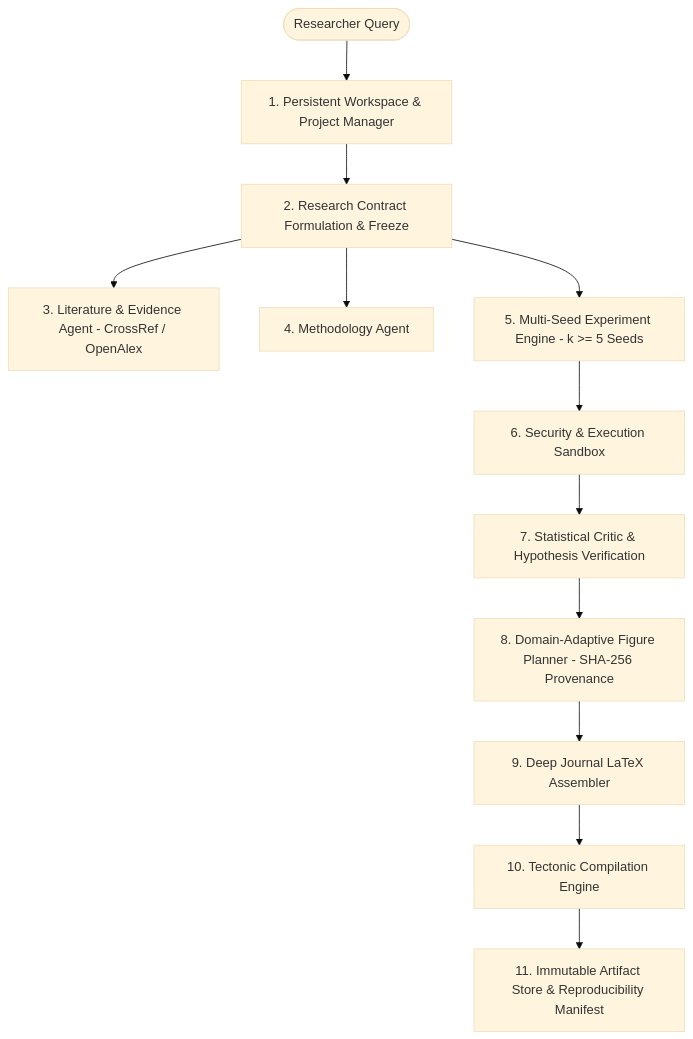
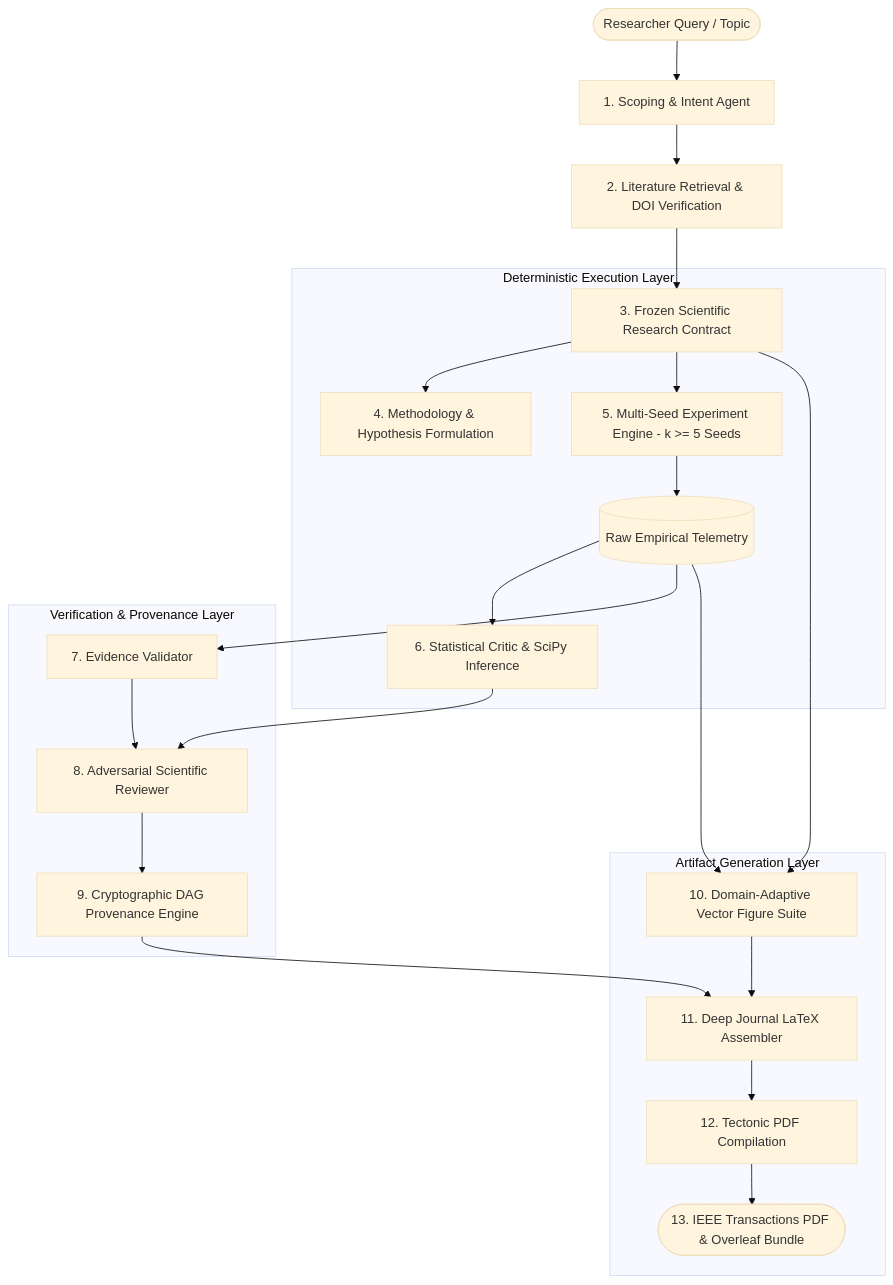
The diagram in README.md (chsushen/novascientist), drawn with Mermaid (base theme) before and after one commit. The commit also changed other lines of this file and 16 other files, not shown here.

````diff
--- a/README.md
+++ b/README.md
@@ -17,16 +47,29 @@
 ```mermaid
-graph TD
-    User([Researcher Query]) --> Proj[1. Persistent Workspace & Project Manager]
-    Proj --> Contract[2. Research Contract Formulation & Freeze]
-    Contract --> LitAgent[3. Literature & Evidence Agent - CrossRef / OpenAlex]
-    Contract --> MethodAgent[4. Methodology Agent]
-    Contract --> ExpAgent[5. Multi-Seed Experiment Engine - k >= 5 Seeds]
+flowchart TD
+    RQ([Researcher Query / Topic]) --> Scoping[1. Scoping & Intent Agent]
+    Scoping --> Lit[2. Literature Retrieval & DOI Verification]
+    Lit --> Contract[3. Frozen Scientific Research Contract]
     
-    ExpAgent --> Sandbox[6. Security & Execution Sandbox]
-    Sandbox --> StatCritic[7. Statistical Critic & Hypothesis Verification]
-    StatCritic --> FigPlan[8. Domain-Adaptive Figure Planner - SHA-256 Provenance]
-    
-    FigPlan --> Assembler[9. Deep Journal LaTeX Assembler]
-    Assembler --> Tectonic[10. Tectonic Compilation Engine]
-    Tectonic --> Artifacts[11. Immutable Artifact Store & Reproducibility Manifest]
+    subgraph Execution & Validation [Deterministic Execution Layer]
+        Contract --> Method[4. Methodology & Hypothesis Formulation]
+        Contract --> ExpEngine[5. Multi-Seed Experiment Engine - k >= 5 Seeds]
+        ExpEngine --> Telemetry[(Raw Empirical Telemetry)]
+        Telemetry --> StatCrit[6. Statistical Critic & SciPy Inference]
+    end
+
+    subgraph Peer Review & Lineage [Verification & Provenance Layer]
+        Telemetry --> EvVal[7. Evidence Validator]
+        StatCrit --> SciRev[8. Adversarial Scientific Reviewer]
+        EvVal --> SciRev
+        SciRev --> Provenance[9. Cryptographic DAG Provenance Engine]
+    end
+
+    subgraph Publication Assembly [Artifact Generation Layer]
+        Contract --> FigPlan[10. Domain-Adaptive Vector Figure Suite]
+        Telemetry --> FigPlan
+        Provenance --> Assembler[11. Deep Journal LaTeX Assembler]
+        FigPlan --> Assembler
+        Assembler --> Tectonic[12. Tectonic PDF Compilation]
+        Tectonic --> Bundle([13. IEEE Transactions PDF & Overleaf Bundle])
+    end
 ```
````
